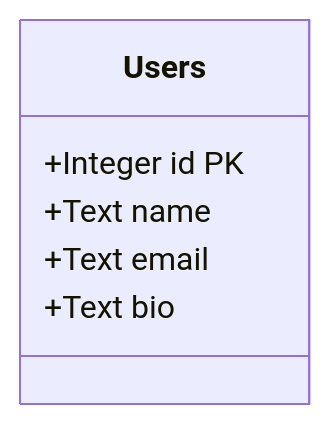
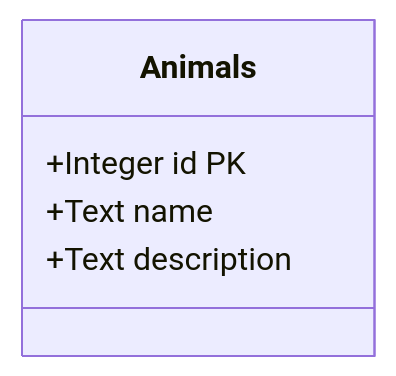
The first of 7 diagrams in README.md (LucaCappelletti94/diesel-builders), drawn with Mermaid before and after one commit. The commit also changed other lines of this file and 6 other files, not shown here.

````diff
--- a/README.md
+++ b/README.md
@@ -29,9 +29,8 @@
 ```mermaid
 classDiagram
-    class Users {
+    class Animals {
         +Integer id PK
         +Text name
-        +Text email
-        +Text bio
+        +Text description
     }
 ```
````
